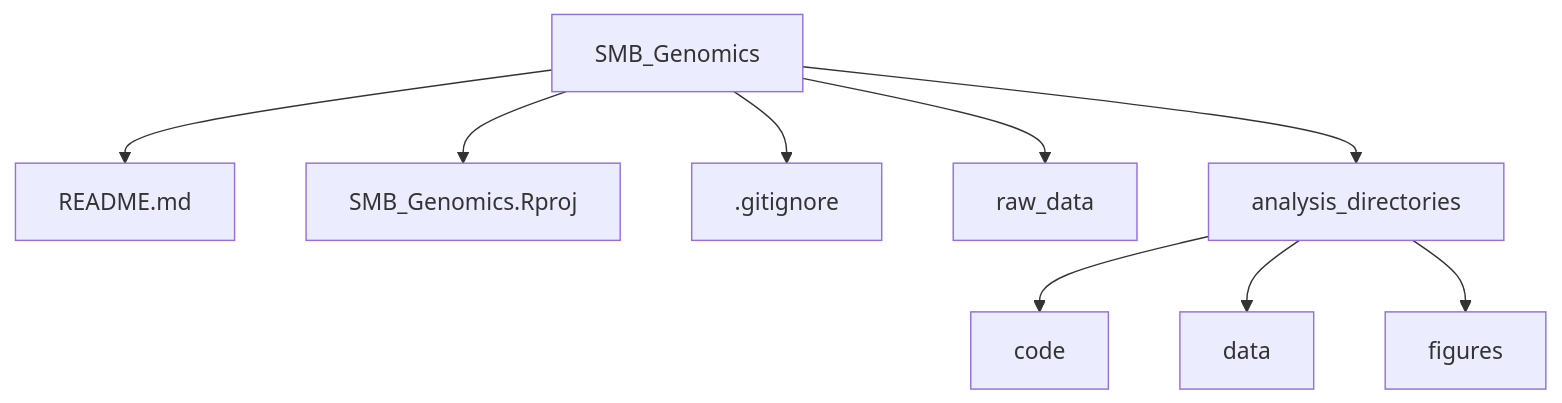
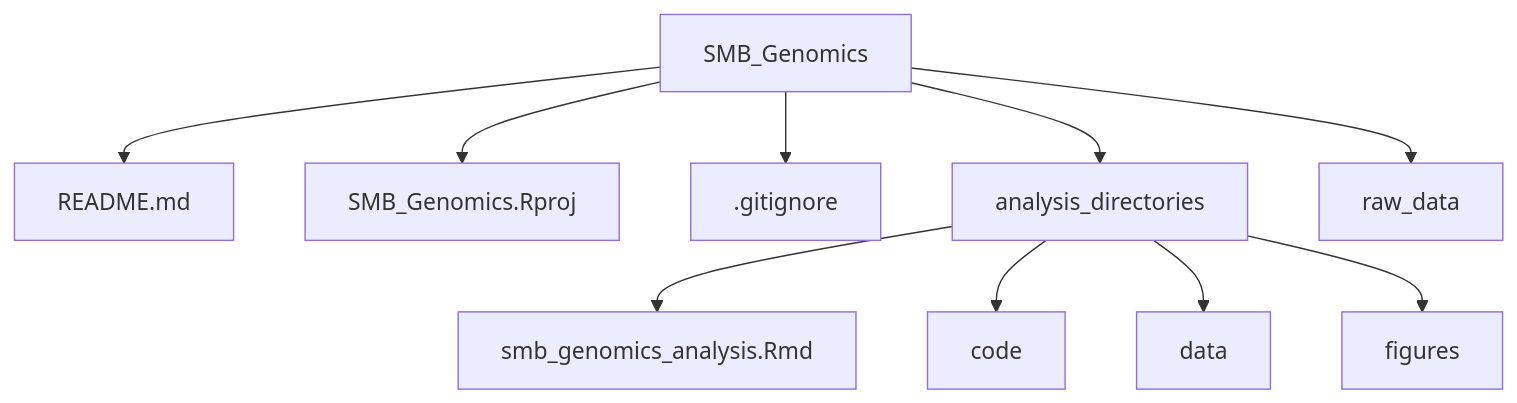
The second of 3 diagrams in README.md (jcg5g9/SMB_Genomics), drawn with Mermaid before and after one commit. The commit also changed other lines of this file, not shown here.

````diff
--- a/README.md
+++ b/README.md
@@ -36,11 +53,12 @@
 ```mermaid
 graph TD
   SMB_Genomics --> README.md
   SMB_Genomics --> SMB_Genomics.Rproj
   SMB_Genomics --> .gitignore
-  SMB_Genomics --> raw_data
   SMB_Genomics --> analysis_directories
+  analysis_directories --> smb_genomics_analysis.Rmd
   analysis_directories --> code
   analysis_directories --> data
   analysis_directories --> figures
+  SMB_Genomics --> raw_data
 ```
````
